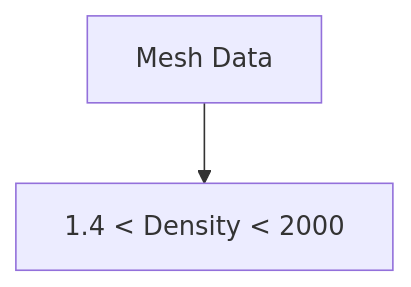
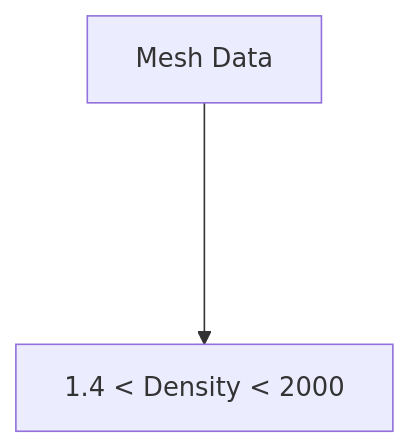
Before and after one commit to jfavre/InSitu-Vis-Tutorial: the first of 2 diagrams in slides/src/202512/md/03.md, drawn with Mermaid. The commit also changed other lines of this file and 12 other files, not shown here.

````diff
--- a/slides/src/202512/md/03.md
+++ b/slides/src/202512/md/03.md
@@ -131,4 +131,4 @@
 ```mermaid {theme: 'neutral', scale: 0.8}
 graph TD
-B[Mesh Data] --> C[1.4 < Density < 2000]
+B[Mesh Data] ----> C[1.4 < Density < 2000]
 ```
````
